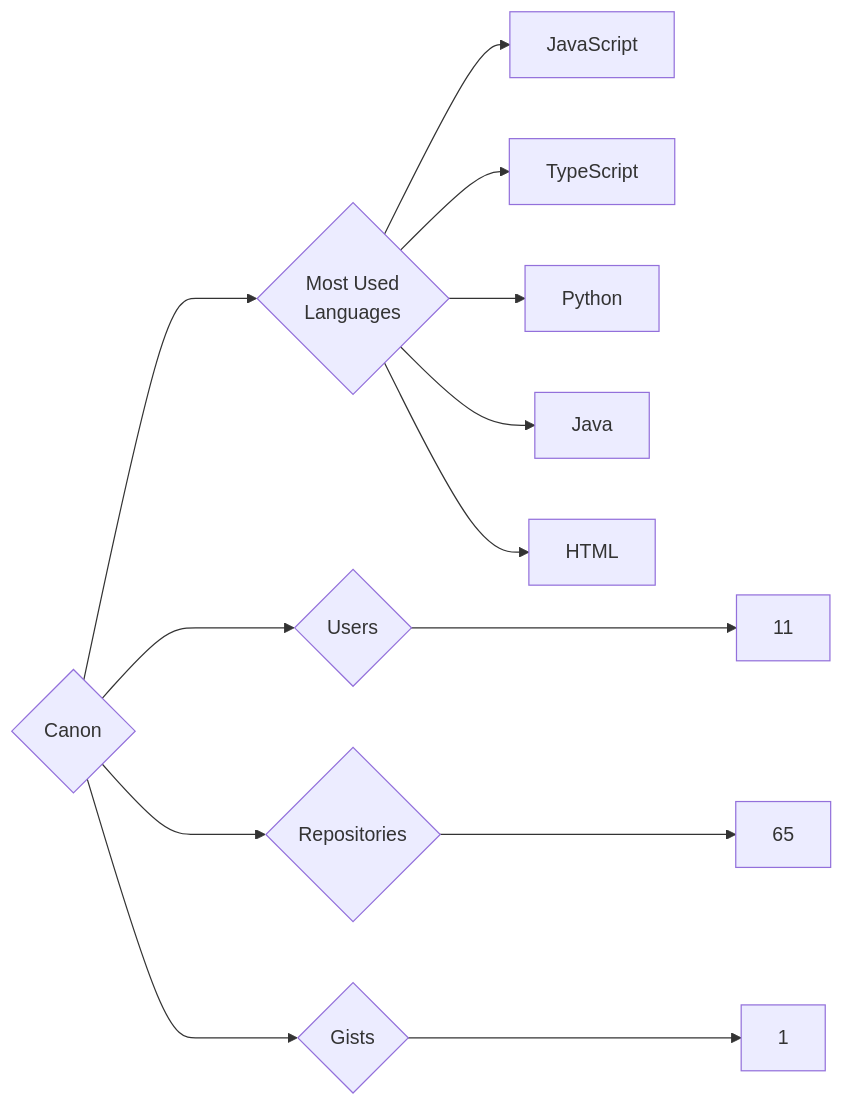
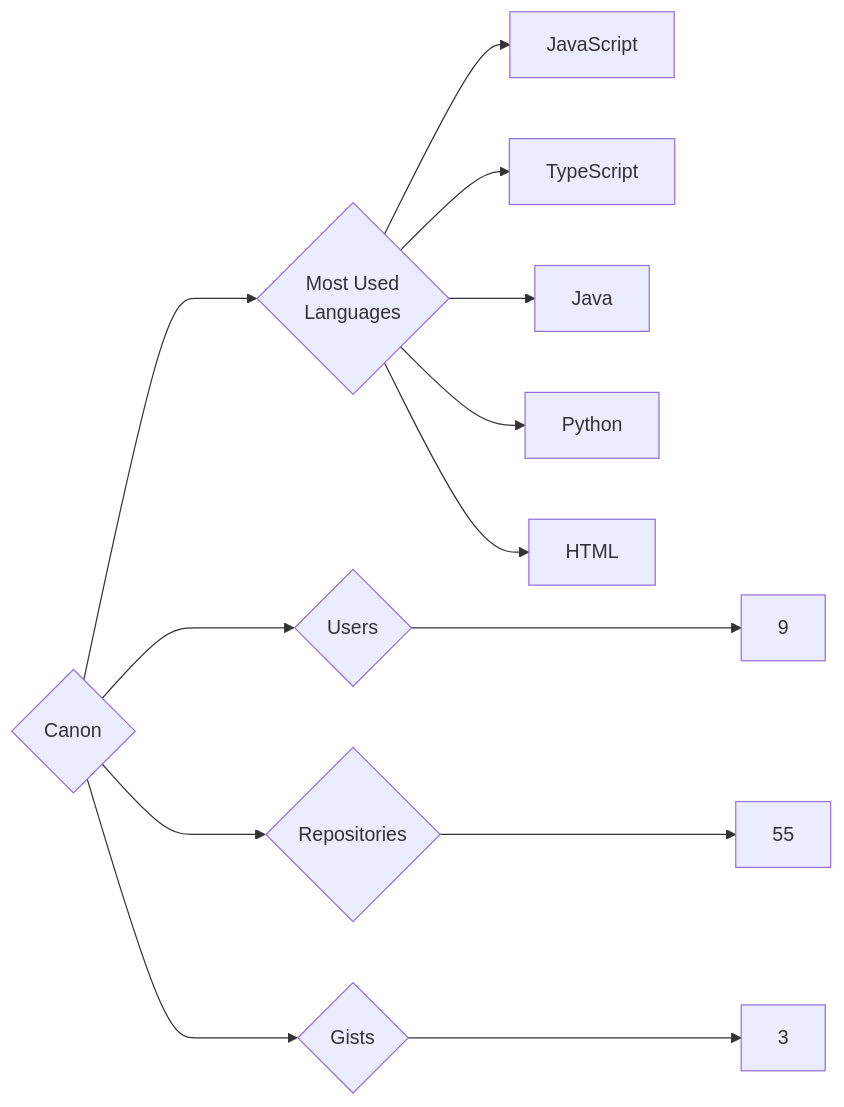
Before and after one commit to trickest/insiders: the diagram in targets/Canon/README.md, drawn with Mermaid. The commit also changed 749 other files, not shown here.

````diff
--- a/targets/Canon/README.md
+++ b/targets/Canon/README.md
@@ -3,13 +3,13 @@
 ```mermaid
 graph LR
 COMPANY_NAME{Canon}
-COMPANY_NAME ---> U{Users} ---> UN[11]
-COMPANY_NAME ---> R{Repositories} ---> RN[65]
-COMPANY_NAME ---> G{Gists} ---> GN[1]
+COMPANY_NAME ---> U{Users} ---> UN[9]
+COMPANY_NAME ---> R{Repositories} ---> RN[55]
+COMPANY_NAME ---> G{Gists} ---> GN[3]
 COMPANY_NAME ---> ML{Most Used<br>Languages}
 ML --> JavaScript[JavaScript]
 ML --> TypeScript[TypeScript]
+ML --> Java[Java]
 ML --> Python[Python]
-ML --> Java[Java]
 ML --> HTML[HTML]
 ```
````
